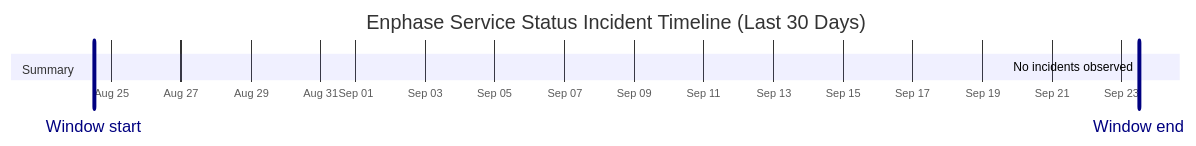
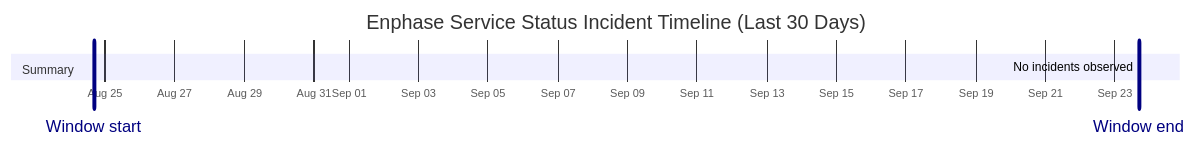
One commit to barneyonline/ha-enphase-energy changed the diagram in wiki/Service-Status-History.md. Above: the diagram before and after it, drawn with Mermaid. The commit also changed other lines of this file and 3 other files, not shown here.

````diff
--- a/wiki/Service-Status-History.md
+++ b/wiki/Service-Status-History.md
@@ -14,10 +14,10 @@
 ```mermaid
 gantt
     title Enphase Service Status Incident Timeline (Last 30 Days)
     dateFormat  YYYY-MM-DDTHH:mm:ss
     axisFormat  %b %d
-    Window start :vert, window-start, 2026-08-24T11:56:28, 0ms
-    Window end :vert, window-end, 2026-09-23T11:56:28, 0ms
+    Window start :vert, window-start, 2026-08-24T16:20:31, 0ms
+    Window end :vert, window-end, 2026-09-23T16:20:31, 0ms
     section Summary
-    No incidents observed :done, 2026-09-23T11:56:28, 1m
+    No incidents observed :done, 2026-09-23T16:20:31, 1m
 ```
````
